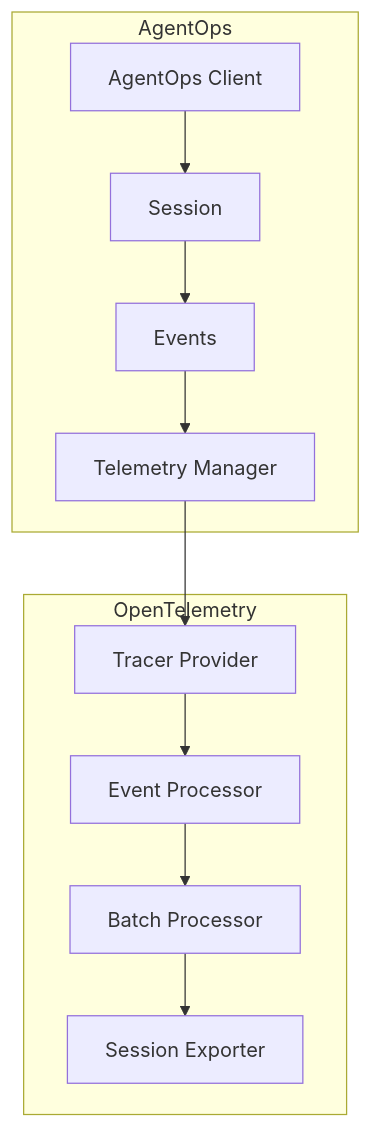
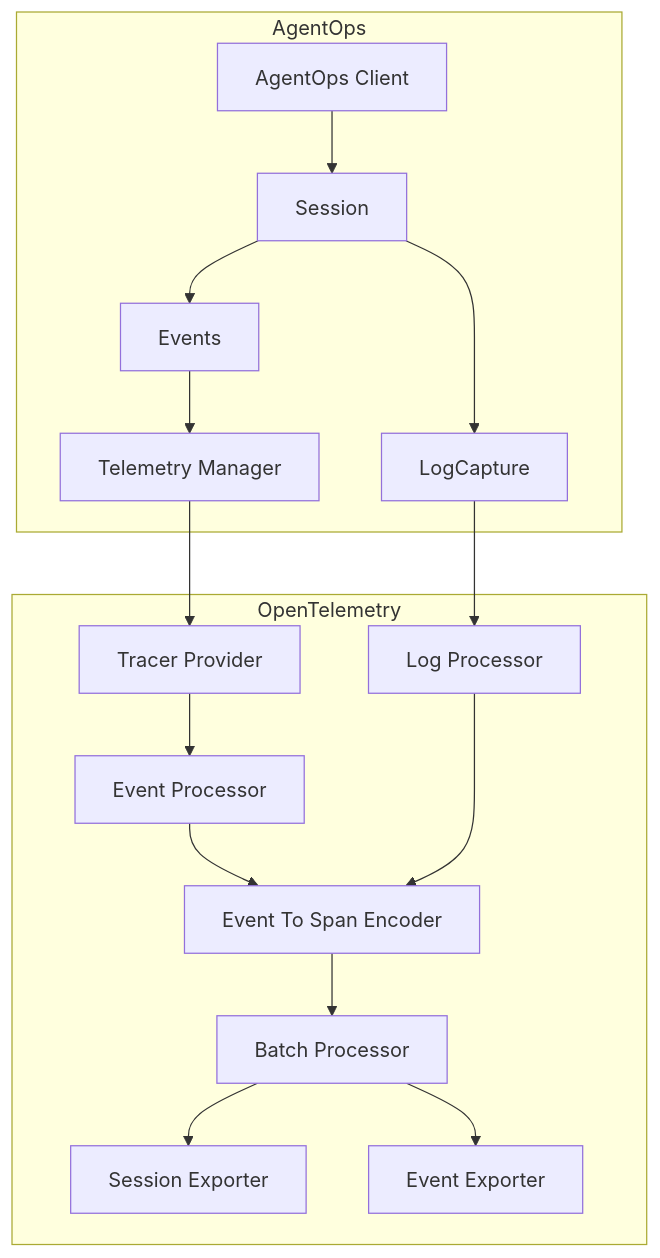
Before and after one commit to AgentOps-AI/agentops: the diagram in agentops/telemetry/README.md, drawn with Mermaid. The commit also changed other lines of this file, not shown here.

````diff
--- a/agentops/telemetry/README.md
+++ b/agentops/telemetry/README.md
@@ -5,25 +5,34 @@
 ```mermaid
 flowchart TB
     subgraph AgentOps
         Client[AgentOps Client]
         Session[Session]
         Events[Events]
+        LogCapture[LogCapture]
         TelemetryManager[Telemetry Manager]
     end
 
     subgraph OpenTelemetry
         TracerProvider[Tracer Provider]
         EventProcessor[Event Processor]
+        LogProcessor[Log Processor]
+        EventToSpanEncoder[Event To Span Encoder]
+        BatchProcessor[Batch Processor]
         SessionExporter[Session Exporter]
-        BatchProcessor[Batch Processor]
+        EventExporter[Event Exporter]
     end
 
     Client --> Session
     Session --> Events
+    Session --> LogCapture
+    LogCapture --> LogProcessor
     Events --> TelemetryManager
     
     TelemetryManager --> TracerProvider
     TracerProvider --> EventProcessor
-    EventProcessor --> BatchProcessor
+    EventProcessor --> EventToSpanEncoder
+    LogProcessor --> EventToSpanEncoder
+    EventToSpanEncoder --> BatchProcessor
     BatchProcessor --> SessionExporter
+    BatchProcessor --> EventExporter
 ```
````
